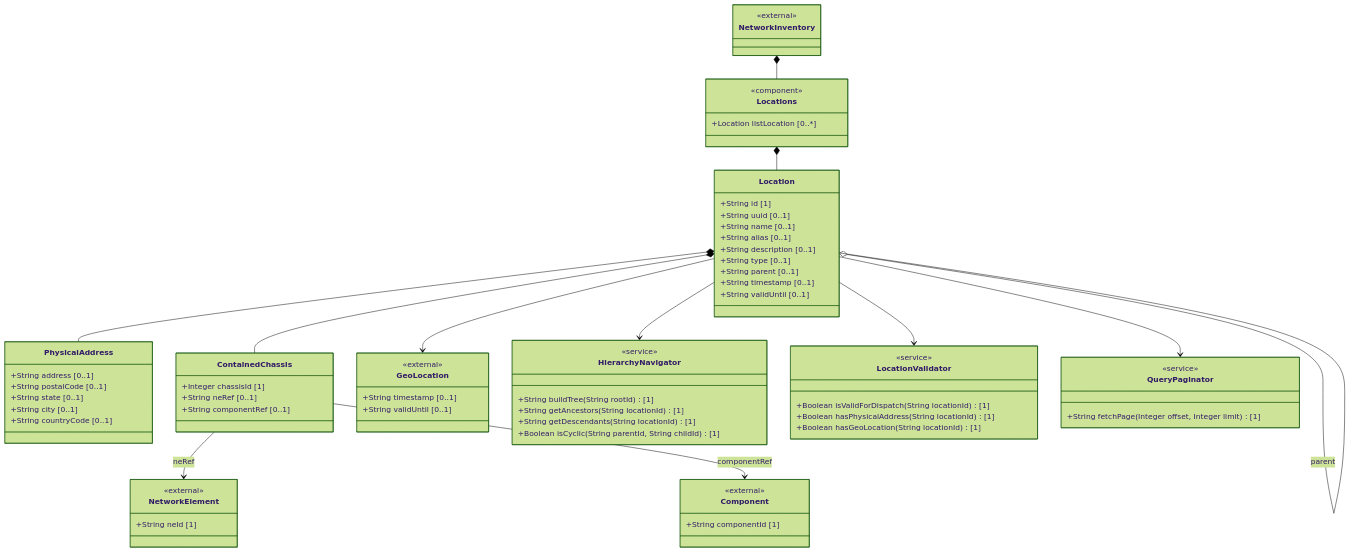
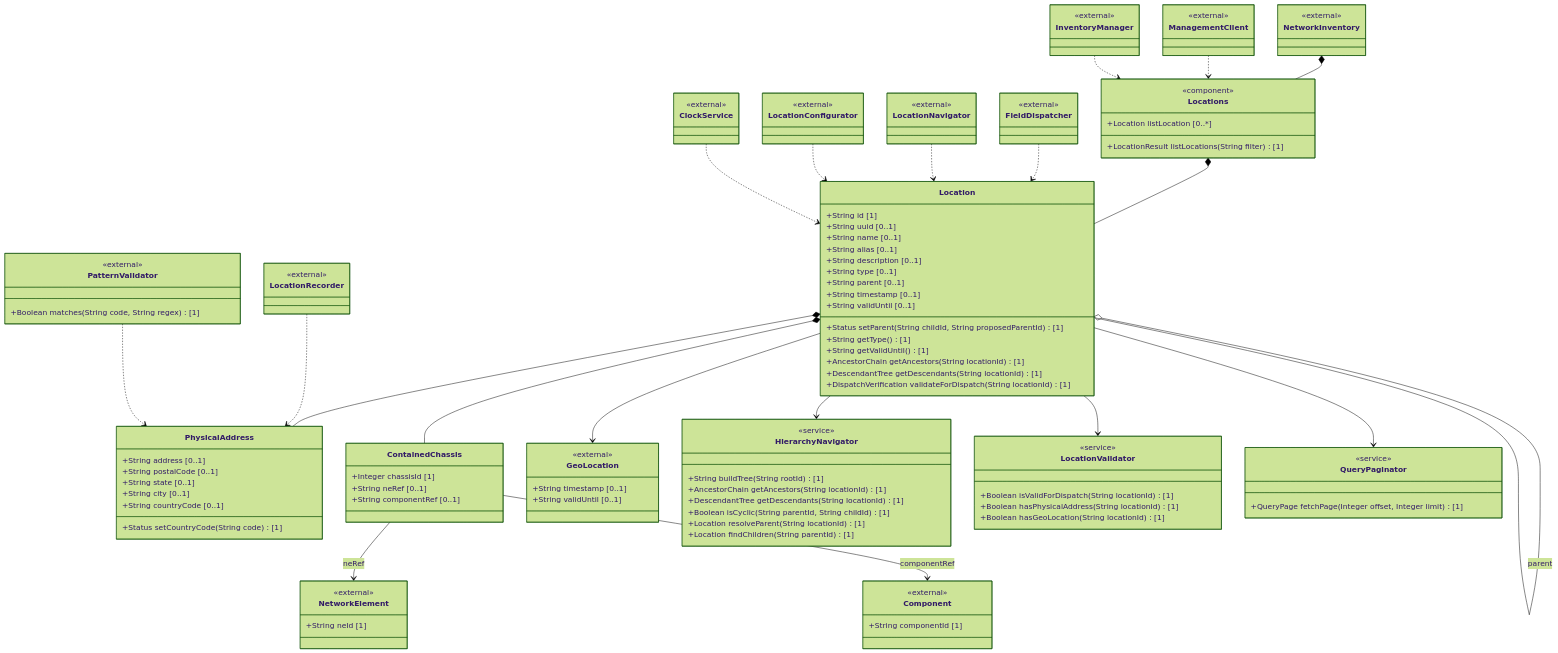
The first of 3 diagrams in docs/epics/epic-02-location-hierarchy.md (gintatkinson/3dgs-027), drawn with Mermaid (forest theme) before and after one commit. The commit also changed 9 other files, not shown here.

Commit message:
docs: add user stories for ietf-ni-location behavioral scenarios -- 8 stories covering pagination, dispatch verification, hierarchy traversal, type filtering, country code validation, cycle detection, power capacity verification, grid collision detection

````diff
--- a/docs/epics/epic-02-location-hierarchy.md
+++ b/docs/epics/epic-02-location-hierarchy.md
@@ -40,6 +40,7 @@
     class Locations {
         <<component>>
         +Location listLocation [0..*]
+        +LocationResult listLocations(String filter) [1]
     }
     class Location {
         +String id [1]
@@ -51,6 +52,12 @@
         +String parent [0..1]
         +String timestamp [0..1]
         +String validUntil [0..1]
+        +Status setParent(String childId, String proposedParentId) [1]
+        +String getType() [1]
+        +String getValidUntil() [1]
+        +AncestorChain getAncestors(String locationId) [1]
+        +DescendantTree getDescendants(String locationId) [1]
+        +DispatchVerification validateForDispatch(String locationId) [1]
     }
     class PhysicalAddress {
         +String address [0..1]
@@ -58,6 +65,7 @@
         +String state [0..1]
         +String city [0..1]
         +String countryCode [0..1]
+        +Status setCountryCode(String code) [1]
     }
     class ContainedChassis {
         +Integer chassisId [1]
@@ -83,9 +91,11 @@
     class HierarchyNavigator {
         <<service>>
         +String buildTree(String rootId) [1]
-        +String getAncestors(String locationId) [1]
-        +String getDescendants(String locationId) [1]
+        +AncestorChain getAncestors(String locationId) [1]
+        +DescendantTree getDescendants(String locationId) [1]
         +Boolean isCyclic(String parentId, String childId) [1]
+        +Location resolveParent(String locationId) [1]
+        +Location findChildren(String parentId) [1]
     }
     class LocationValidator {
         <<service>>
@@ -95,7 +105,32 @@
     }
     class QueryPaginator {
         <<service>>
-        +String fetchPage(Integer offset, Integer limit) [1]
+        +QueryPage fetchPage(Integer offset, Integer limit) [1]
+    }
+    class ManagementClient {
+        <<external>>
+    }
+    class FieldDispatcher {
+        <<external>>
+    }
+    class LocationNavigator {
+        <<external>>
+    }
+    class InventoryManager {
+        <<external>>
+    }
+    class LocationConfigurator {
+        <<external>>
+    }
+    class LocationRecorder {
+        <<external>>
+    }
+    class PatternValidator {
+        <<external>>
+        +Boolean matches(String code, String regex) [1]
+    }
+    class ClockService {
+        <<external>>
     }
 
     NetworkInventory *-- Locations
@@ -109,4 +144,12 @@
     Location --> HierarchyNavigator
     Location --> LocationValidator
     Location --> QueryPaginator
+    ManagementClient ..> Locations
+    FieldDispatcher ..> Location
+    LocationNavigator ..> Location
+    InventoryManager ..> Locations
+    LocationConfigurator ..> Location
+    LocationRecorder ..> PhysicalAddress
+    PatternValidator ..> PhysicalAddress
+    ClockService ..> Location
 ```
````
